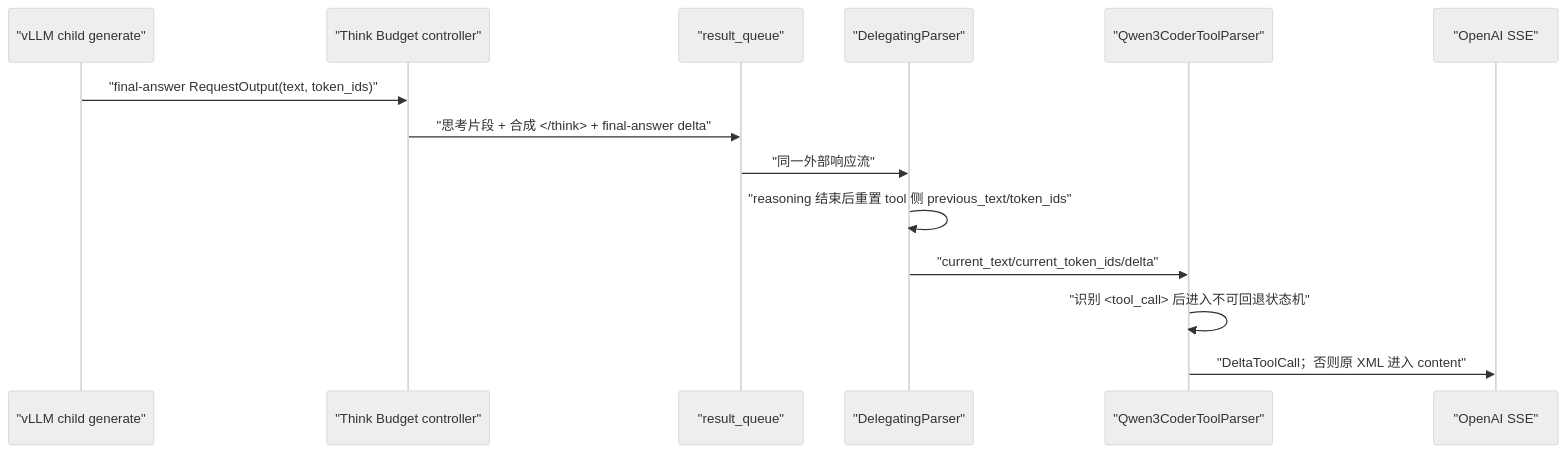
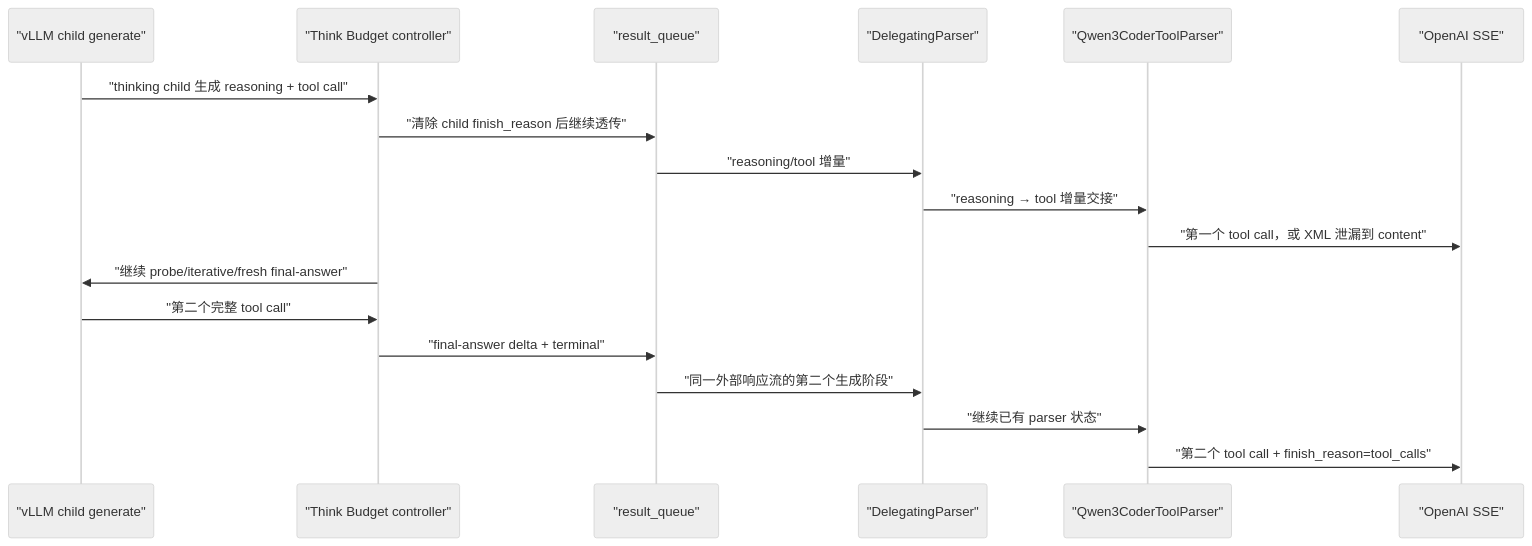
The first of 2 diagrams in docs/debug/tool_call_streaming_debug_plan.md (F00L42/TB), drawn with Mermaid (neutral theme) before and after one commit. The commit also changed other lines of this file, not shown here.

Commit message:
doc: tool_call fix plan

````diff
--- a/docs/debug/tool_call_streaming_debug_plan.md
+++ b/docs/debug/tool_call_streaming_debug_plan.md
@@ -37,17 +60,21 @@
 ```mermaid
 sequenceDiagram
     participant E as "vLLM child generate"
     participant C as "Think Budget controller"
     participant Q as "result_queue"
     participant D as "DelegatingParser"
     participant T as "Qwen3CoderToolParser"
     participant S as "OpenAI SSE"
 
-    E->>C: "final-answer RequestOutput(text, token_ids)"
-    C->>Q: "思考片段 + 合成 </think> + final-answer delta"
-    Q->>D: "同一外部响应流"
-    D->>D: "reasoning 结束后重置 tool 侧 previous_text/token_ids"
-    D->>T: "current_text/current_token_ids/delta"
-    T->>T: "识别 <tool_call> 后进入不可回退状态机"
-    T->>S: "DeltaToolCall；否则原 XML 进入 content"
+    E->>C: "thinking child 生成 reasoning + tool call"
+    C->>Q: "清除 child finish_reason 后继续透传"
+    Q->>D: "reasoning/tool 增量"
+    D->>T: "reasoning → tool 增量交接"
+    T->>S: "第一个 tool call，或 XML 泄漏到 content"
+    C->>E: "继续 probe/iterative/fresh final-answer"
+    E->>C: "第二个完整 tool call"
+    C->>Q: "final-answer delta + terminal"
+    Q->>D: "同一外部响应流的第二个生成阶段"
+    D->>T: "继续已有 parser 状态"
+    T->>S: "第二个 tool call + finish_reason=tool_calls"
 ```
````
